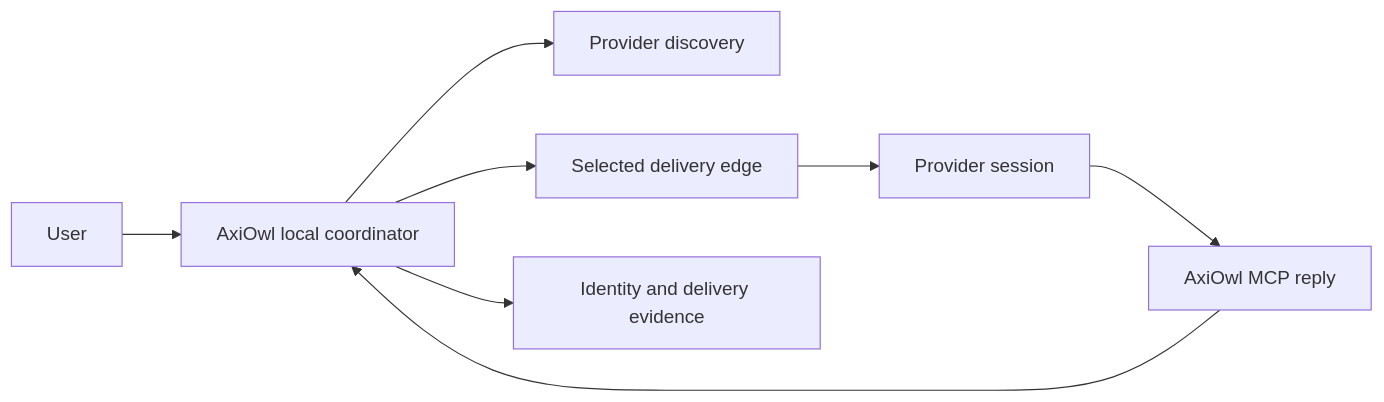
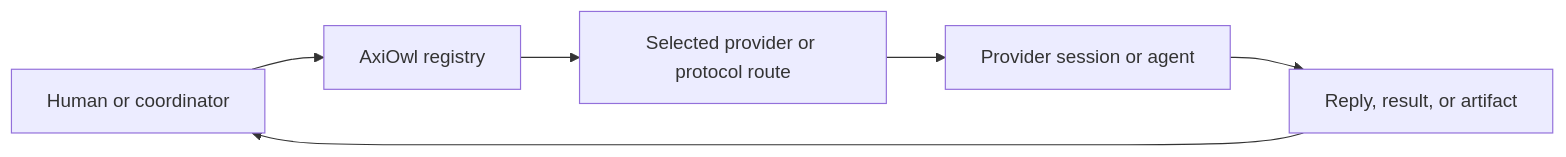
Before and after one commit to morganross/AxiOwl: the diagram in README.md, drawn with Mermaid. The commit also changed other lines of this file and 94 other files, not shown here.

````diff
--- a/README.md
+++ b/README.md
@@ -41,10 +40,8 @@
 ```mermaid
 flowchart LR
-  user["User"] --> coordinator["AxiOwl local coordinator"]
-  coordinator --> discovery["Provider discovery"]
-  coordinator --> delivery["Selected delivery edge"]
-  delivery --> provider["Provider session"]
-  provider --> mcp["AxiOwl MCP reply"]
-  mcp --> coordinator
-  coordinator --> evidence["Identity and delivery evidence"]
+  human["Human or coordinator"] --> registry["AxiOwl registry"]
+  registry --> route["Selected provider or protocol route"]
+  route --> agent["Provider session or agent"]
+  agent --> result["Reply, result, or artifact"]
+  result --> human
 ```
````
